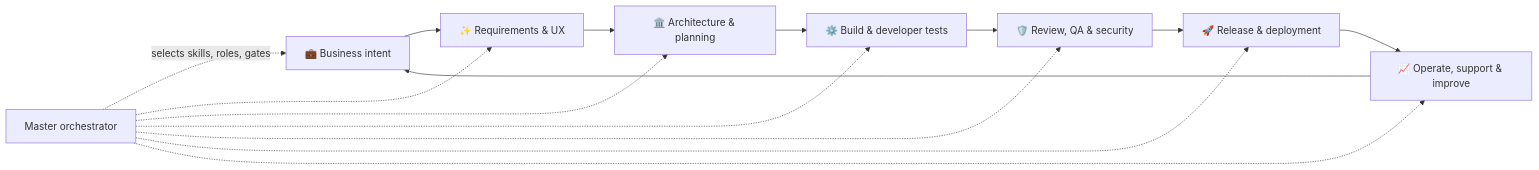
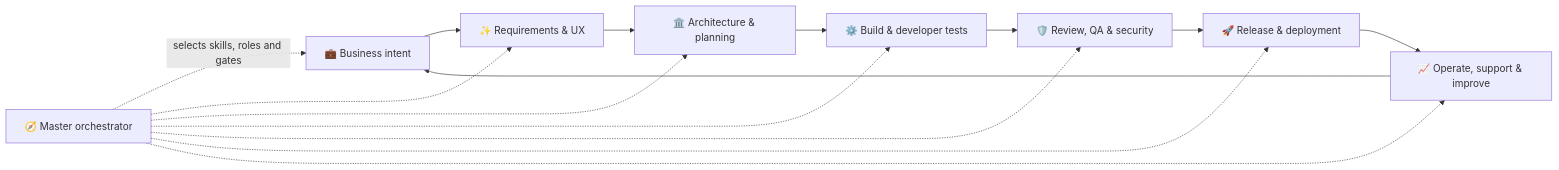
One commit to kirubaharan181/sdlc-agentic-skills changed the first of 3 diagrams in README.md. Above: the diagram before and after it, drawn with Mermaid. The commit also changed other lines of this file and 8 other files, not shown here.

````diff
--- a/README.md
+++ b/README.md
@@ -38,18 +46,18 @@
 ```mermaid
 flowchart LR
-    A[💼 Business intent] --> B[✨ Requirements & UX]
-    B --> C[🏛️ Architecture & planning]
-    C --> D[⚙️ Build & developer tests]
-    D --> E[🛡️ Review, QA & security]
-    E --> F[🚀 Release & deployment]
-    F --> G[📈 Operate, support & improve]
+    A["💼 Business intent"] --> B["✨ Requirements & UX"]
+    B --> C["🏛️ Architecture & planning"]
+    C --> D["⚙️ Build & developer tests"]
+    D --> E["🛡️ Review, QA & security"]
+    E --> F["🚀 Release & deployment"]
+    F --> G["📈 Operate, support & improve"]
     G --> A
 
-    O[Master orchestrator] -. selects skills, roles, gates .-> A
+    O["🧭 Master orchestrator"] -. "selects skills, roles and gates" .-> A
     O -.-> B
     O -.-> C
     O -.-> D
     O -.-> E
     O -.-> F
     O -.-> G
 ```
````
